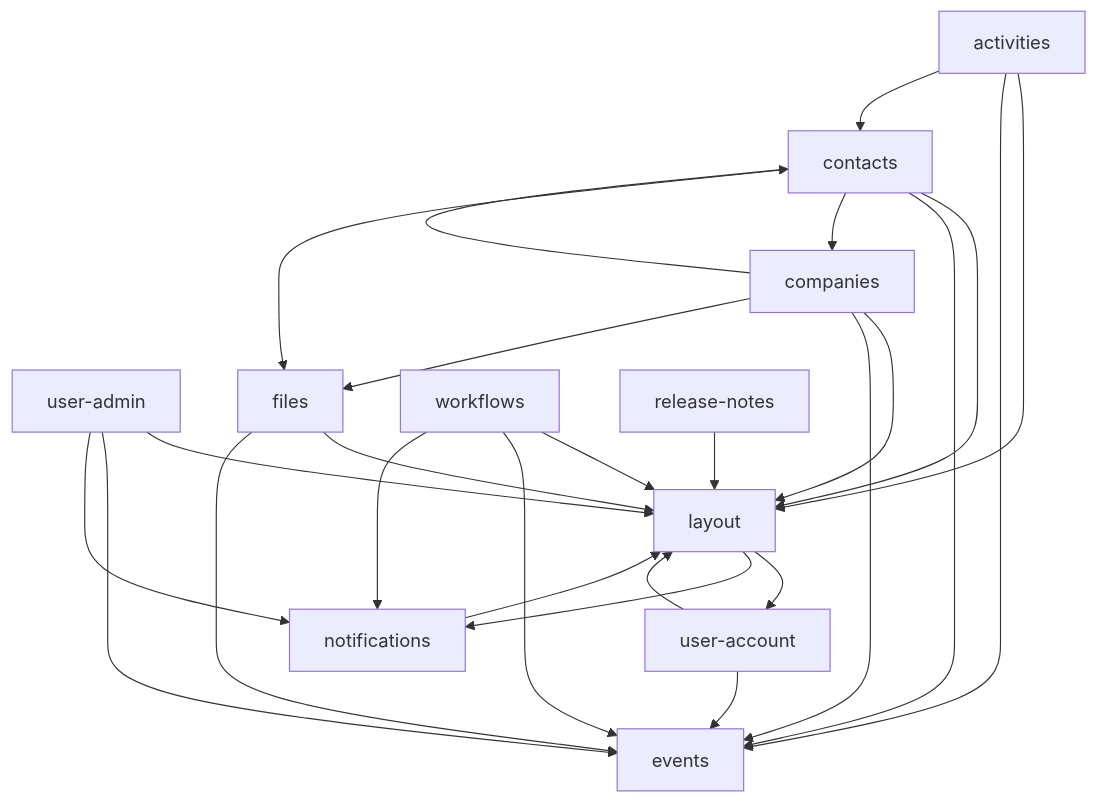
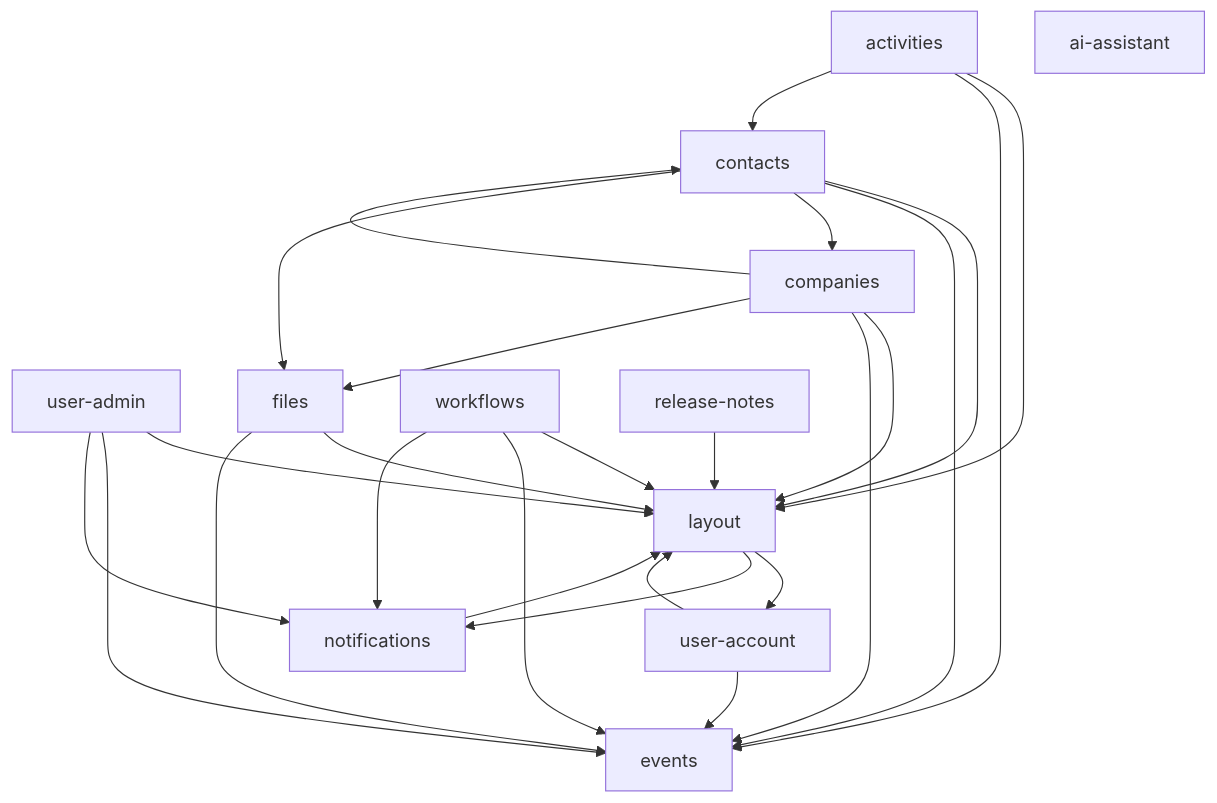
One commit to lowdefy/modules-mongodb changed the diagram in docs/index.md. Above: the diagram before and after it, drawn with Mermaid. The commit also changed other lines of this file and 33 other files, not shown here.

````diff
--- a/docs/index.md
+++ b/docs/index.md
@@ -33,29 +34,30 @@
 ```mermaid
 graph TD
   layout --> user-account
   layout --> notifications
   user-account --> layout
   user-account --> events
   user-admin --> layout
   user-admin --> events
   user-admin --> notifications
   notifications --> layout
   contacts --> layout
   contacts --> events
   contacts --> companies
   contacts --> files
   companies --> layout
   companies --> events
   companies --> contacts
   companies --> files
   files --> layout
   files --> events
   activities --> layout
   activities --> events
   activities --> contacts
+  ai-assistant
   workflows --> layout
   workflows --> events
   workflows --> notifications
   release-notes --> layout
   events
 ```
````
